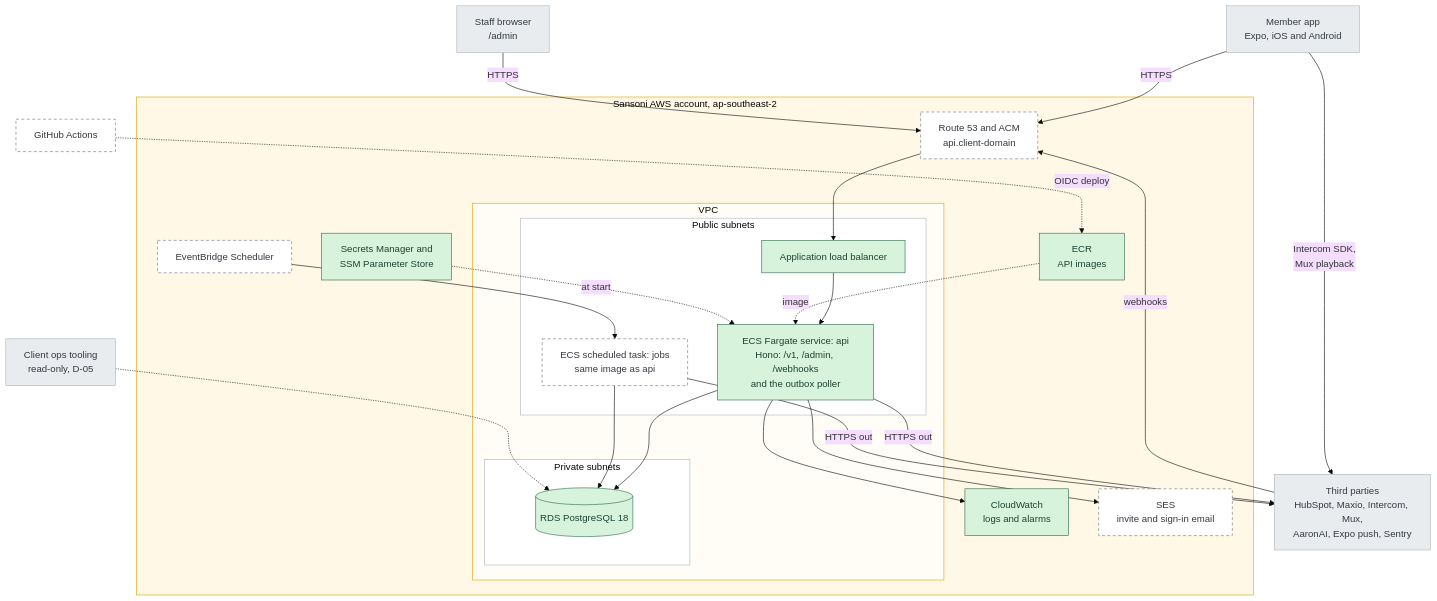
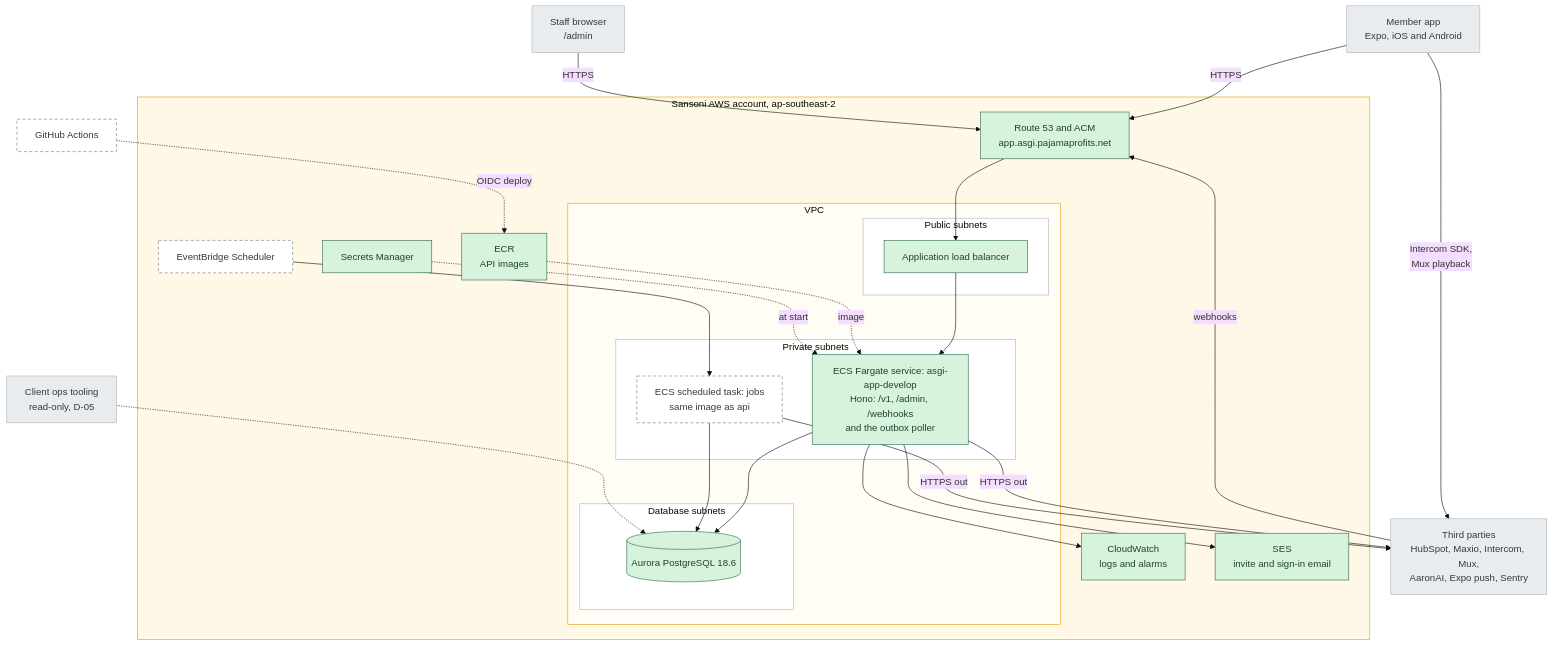
Before and after one commit to Sansoni-Management-Dev-Team/asgimaster-app: the diagram in docs/architecture.md, drawn with Mermaid (base theme). The commit also changed other lines of this file and 23 other files, not shown here.

````diff
--- a/docs/architecture.md
+++ b/docs/architecture.md
@@ -11,55 +13,58 @@
 ```mermaid
 flowchart TB
   app["Member app<br/>Expo, iOS and Android"]
   staff["Staff browser<br/>/admin"]
   ext["Third parties<br/>HubSpot, Maxio, Intercom, Mux,<br/>AaronAI, Expo push, Sentry"]
   gha["GitHub Actions"]
   ops["Client ops tooling<br/>read-only, D-05"]
 
   subgraph aws["Sansoni AWS account, ap-southeast-2"]
-    dns["Route 53 and ACM<br/>api.client-domain"]
+    dns["Route 53 and ACM<br/>app.asgi.pajamaprofits.net"]
     scheduler["EventBridge Scheduler"]
     subgraph vpc["VPC"]
       subgraph public["Public subnets"]
         alb["Application load balancer"]
-        api["ECS Fargate service: api<br/>Hono: /v1, /admin, /webhooks<br/>and the outbox poller"]
+      end
+      subgraph private["Private subnets"]
+        api["ECS Fargate service: asgi-app-develop<br/>Hono: /v1, /admin, /webhooks<br/>and the outbox poller"]
         jobs["ECS scheduled task: jobs<br/>same image as api"]
       end
-      subgraph private["Private subnets"]
-        rds[("RDS PostgreSQL 18")]
+      subgraph database["Database subnets"]
+        rds[("Aurora PostgreSQL 18.6")]
       end
     end
     ecr["ECR<br/>API images"]
-    secrets["Secrets Manager and<br/>SSM Parameter Store"]
+    secrets["Secrets Manager"]
     logs["CloudWatch<br/>logs and alarms"]
     ses["SES<br/>invite and sign-in email"]
   end
 
   app -- HTTPS --> dns
   staff -- HTTPS --> dns
   ext -- "webhooks" --> dns
   dns --> alb --> api
   scheduler --> jobs
   api --> rds
   jobs --> rds
   api -- "HTTPS out" --> ext
   jobs -- "HTTPS out" --> ext
   app -- "Intercom SDK,<br/>Mux playback" --> ext
   api --> ses
   api --> logs
   ecr -. image .-> api
   secrets -. "at start" .-> api
   gha -. "OIDC deploy" .-> ecr
   ops -.-> rds
 
   classDef built fill:#d8f3dc,stroke:#2d6a4f,color:#1b4332
   classDef planned fill:#ffffff,stroke:#6c757d,stroke-dasharray:5 4,color:#343a40
   classDef external fill:#e9ecef,stroke:#adb5bd,color:#343a40
-  class alb,api,rds,ecr,secrets,logs built
-  class dns,jobs,scheduler,ses,gha planned
+  class alb,api,rds,ecr,secrets,logs,dns,ses built
+  class jobs,scheduler,gha planned
   class app,staff,ops,ext external
   style aws fill:#fff8e6,stroke:#e0a100
   style vpc fill:#fffdf5,stroke:#e0a100
   style public fill:#ffffff,stroke:#adb5bd
   style private fill:#ffffff,stroke:#adb5bd
+  style database fill:#ffffff,stroke:#adb5bd
 ```
````
